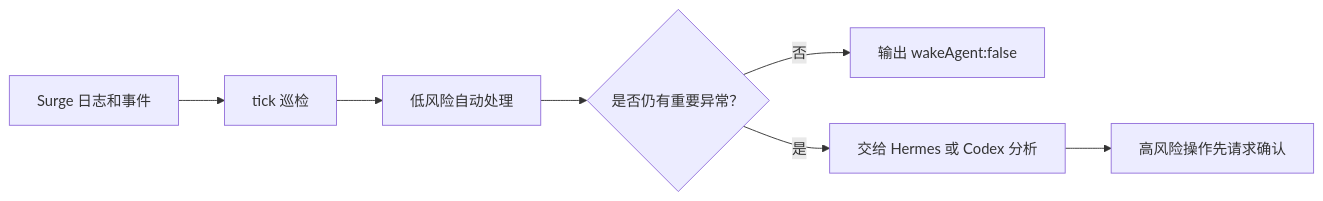
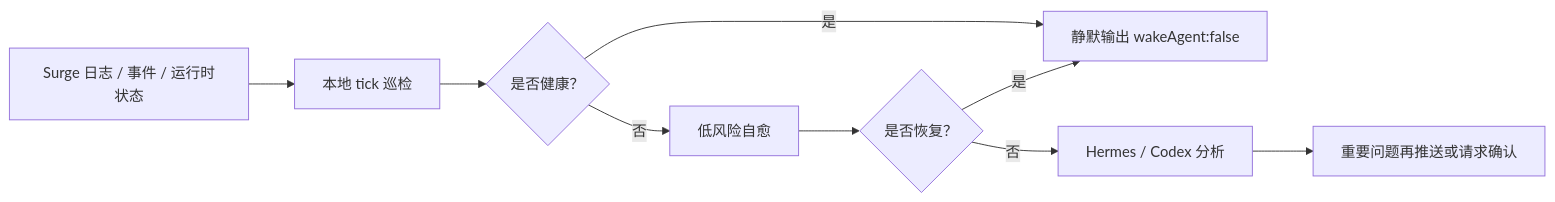
The diagram in README.md (rexchen2024/surge-guardian-assistant), drawn with Mermaid before and after one commit. The commit also changed other lines of this file and 7 other files, not shown here.

````diff
--- a/README.md
+++ b/README.md
@@ -48,9 +39,11 @@
 ```mermaid
 flowchart LR
-  Surge["Surge 日志和事件"] --> Tick["tick 巡检"]
-  Tick --> Fix["低风险自动处理"]
-  Fix --> Healthy{"是否仍有重要异常？"}
-  Healthy -->|否| Quiet["输出 wakeAgent:false"]
-  Healthy -->|是| Review["交给 Hermes 或 Codex 分析"]
-  Review --> Confirm["高风险操作先请求确认"]
+  Surge["Surge 日志 / 事件 / 运行时状态"] --> Tick["本地 tick 巡检"]
+  Tick --> Quiet{"是否健康？"}
+  Quiet -->|是| Silent["静默输出 wakeAgent:false"]
+  Quiet -->|否| Heal["低风险自愈"]
+  Heal --> Again{"是否恢复？"}
+  Again -->|是| Silent
+  Again -->|否| AI["Hermes / Codex 分析"]
+  AI --> Notify["重要问题再推送或请求确认"]
 ```
````
